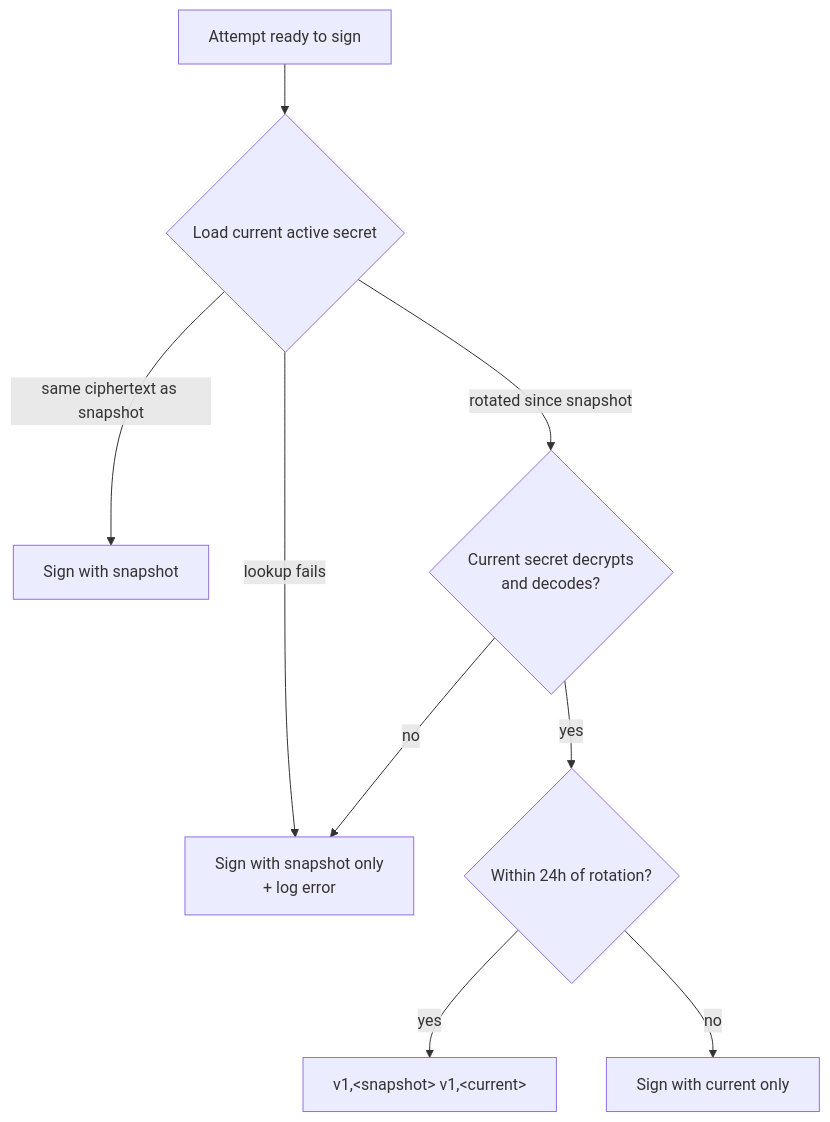
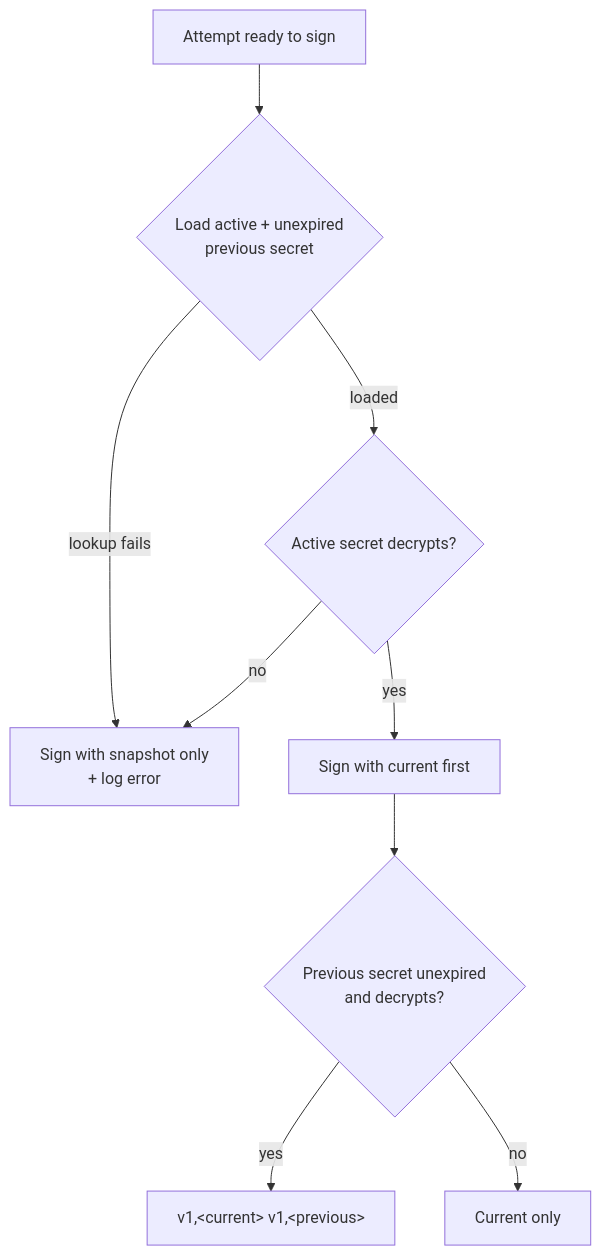
Before and after one commit to chuanghiduoc/fiber-golang-boilerplate: the fourth of 5 diagrams in docs/webhooks.md, drawn with Mermaid. The commit also changed other lines of this file and 90 other files, not shown here.

First line of the commit message:
fix(platform): migrate-secret split, RLS role checks, job lease cancel, webhook rotation grace, arch guards (#125)

````diff
--- a/docs/webhooks.md
+++ b/docs/webhooks.md
@@ -291,11 +297,11 @@
 ```mermaid
 flowchart TD
-    A[Attempt ready to sign] --> B{Load current active secret}
+    A[Attempt ready to sign] --> B{Load active + unexpired<br/>previous secret}
     B -->|lookup fails| S[Sign with snapshot only<br/>+ log error]
-    B -->|same ciphertext as snapshot| S2[Sign with snapshot]
-    B -->|rotated since snapshot| C{Current secret decrypts<br/>and decodes?}
+    B -->|loaded| C{Active secret decrypts?}
     C -->|no| S
-    C -->|yes| D{Within 24h of rotation?}
-    D -->|yes| E["v1,&lt;snapshot&gt; v1,&lt;current&gt;"]
-    D -->|no| F[Sign with current only]
+    C -->|yes| D[Sign with current first]
+    D --> E{Previous secret unexpired<br/>and decrypts?}
+    E -->|yes| F["v1,&lt;current&gt; v1,&lt;previous&gt;"]
+    E -->|no| G[Current only]
 ```
````
